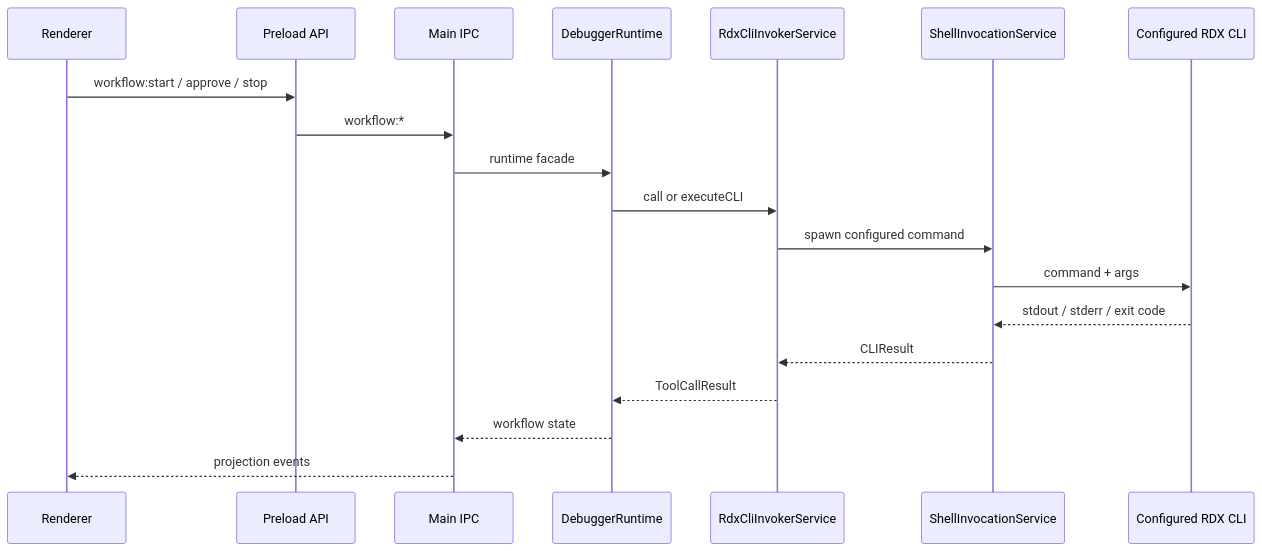
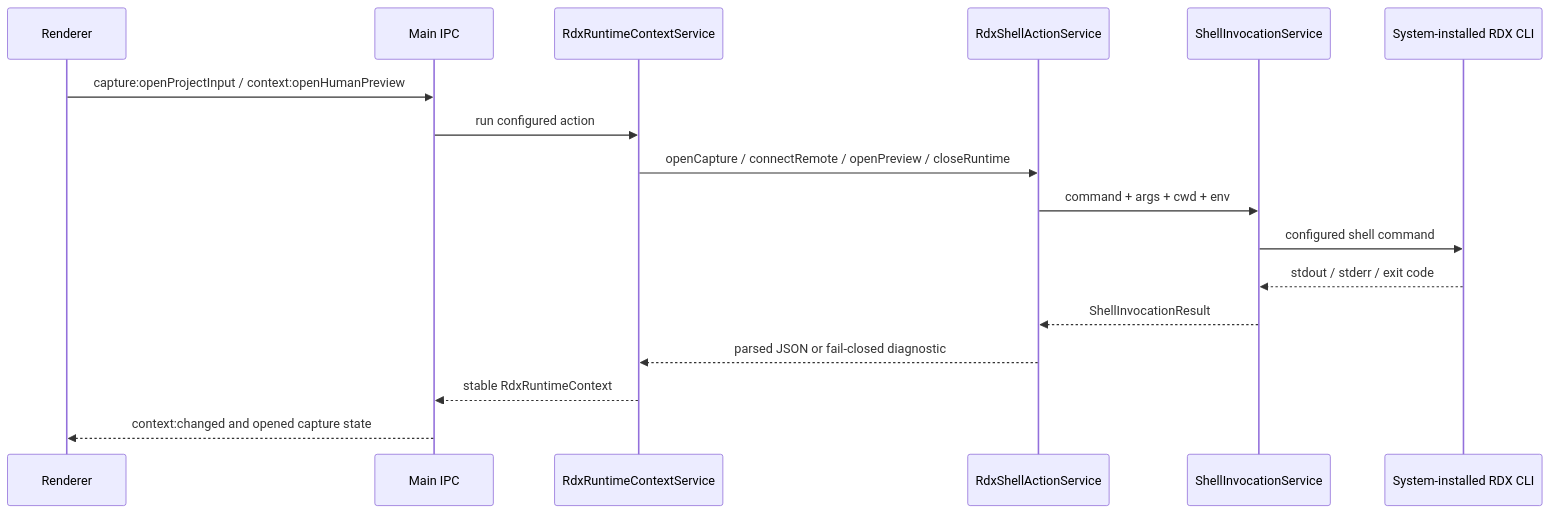
One commit to haolange/RDC-Agent changed the second of 3 diagrams in docs/architecture/data-flow.md. Above: the diagram before and after it, drawn with Mermaid. The commit also changed other lines of this file and 3283 other files, not shown here.

First line of the commit message:
收敛 RDX 工具链为系统 CLI 与 Shell Action

````diff
--- a/docs/architecture/data-flow.md
+++ b/docs/architecture/data-flow.md
@@ -7,22 +35,20 @@
 ```mermaid
 sequenceDiagram
   participant UI as Renderer
-  participant API as Preload API
   participant IPC as Main IPC
-  participant WF as DebuggerRuntime
-  participant Invoker as RdxCliInvokerService
+  participant Session as RdxRuntimeContextService
+  participant Action as RdxShellActionService
   participant Shell as ShellInvocationService
-  participant CLI as Configured RDX CLI
+  participant CLI as System-installed RDX CLI
 
-  UI->>API: workflow:start / approve / stop
-  API->>IPC: workflow:*
-  IPC->>WF: runtime facade
-  WF->>Invoker: call or executeCLI
-  Invoker->>Shell: spawn configured command
-  Shell->>CLI: command + args
+  UI->>IPC: capture:openProjectInput / context:openHumanPreview
+  IPC->>Session: run configured action
+  Session->>Action: openCapture / connectRemote / openPreview / closeRuntime
+  Action->>Shell: command + args + cwd + env
+  Shell->>CLI: configured shell command
   CLI-->>Shell: stdout / stderr / exit code
-  Shell-->>Invoker: CLIResult
-  Invoker-->>WF: ToolCallResult
-  WF-->>IPC: workflow state
-  IPC-->>UI: projection events
+  Shell-->>Action: ShellInvocationResult
+  Action-->>Session: parsed JSON or fail-closed diagnostic
+  Session-->>IPC: stable RdxRuntimeContext
+  IPC-->>UI: context:changed and opened capture state
 ```
````
